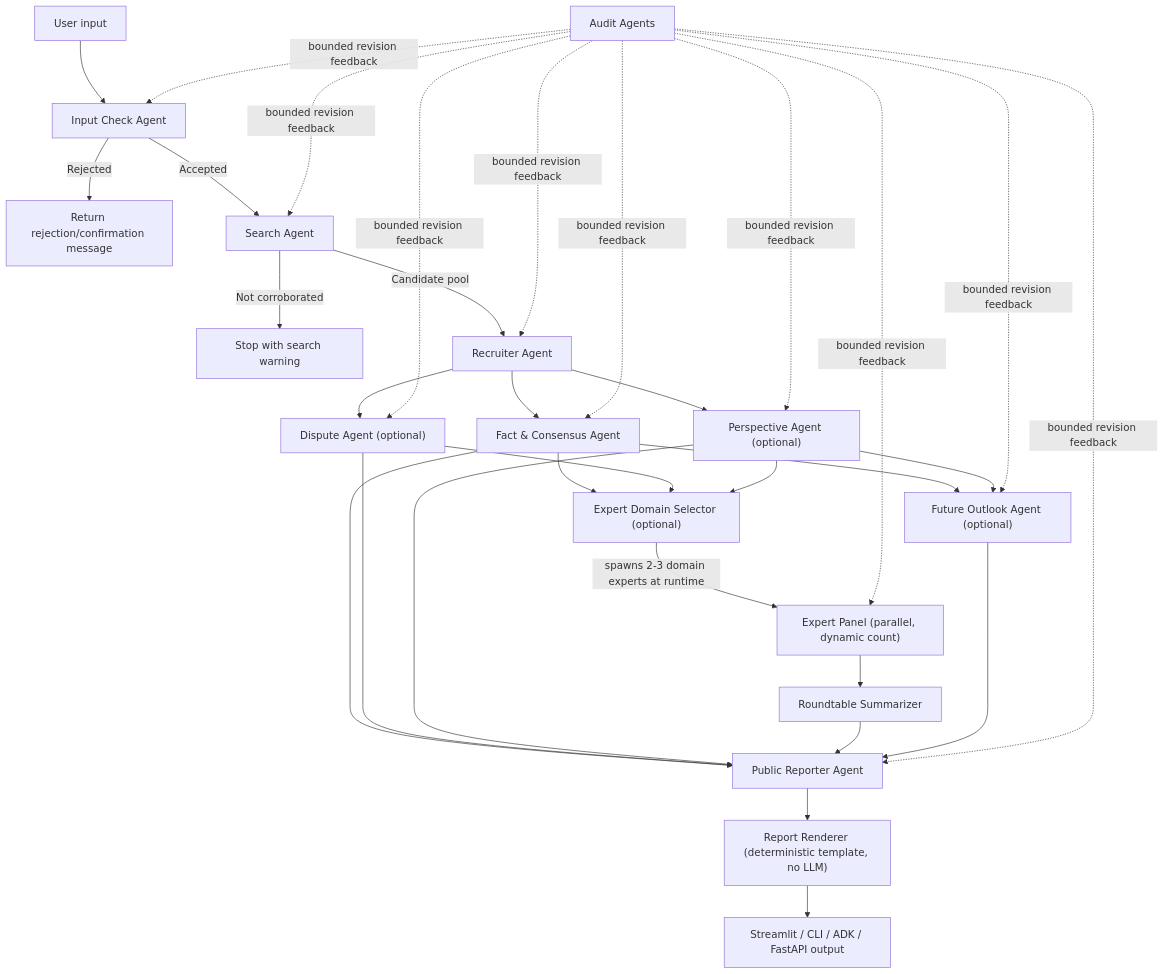
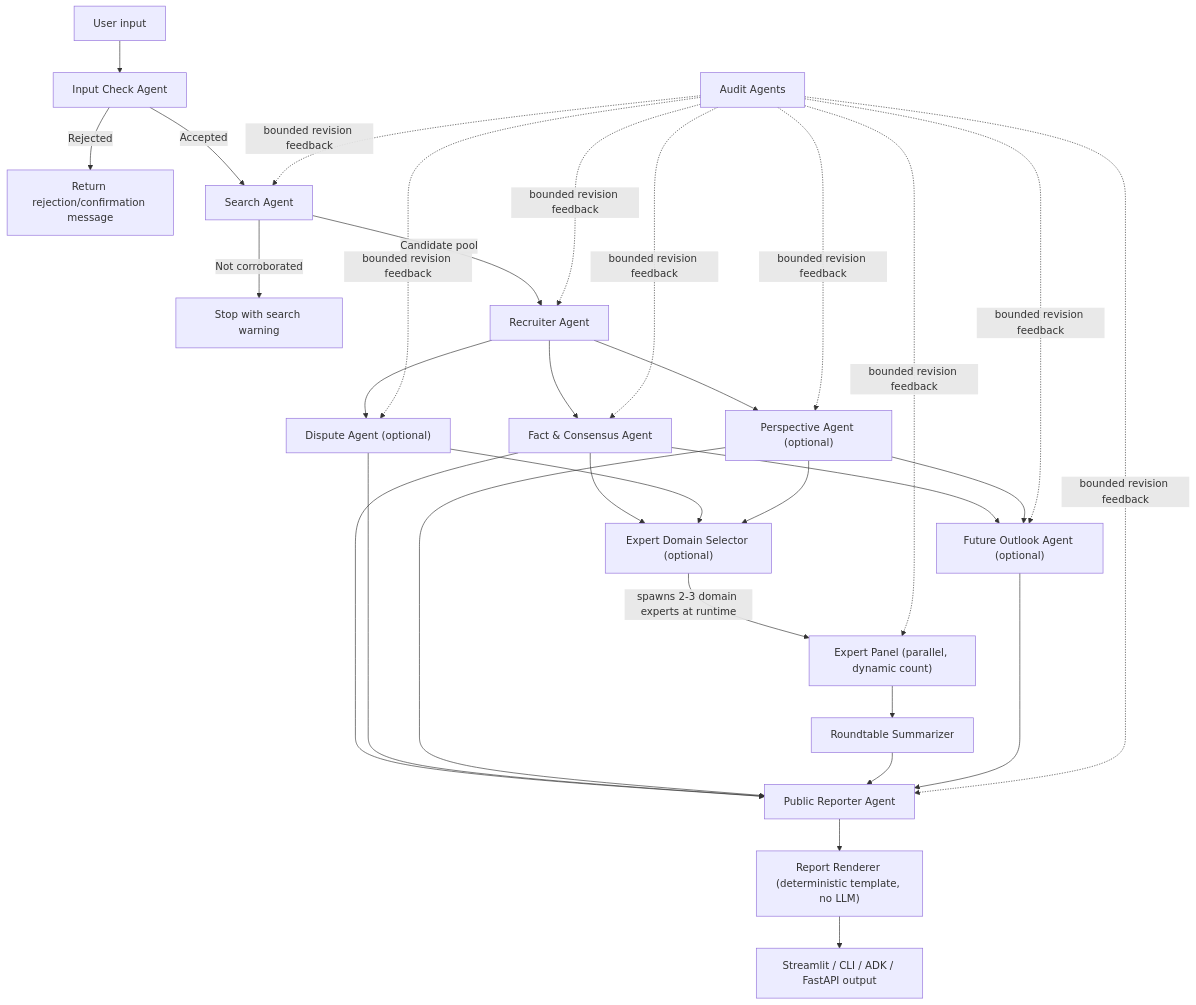
The diagram in README.md (xinli12/news-agents-pipeline), drawn with Mermaid before and after one commit. The commit also changed other lines of this file and 7 other files, not shown here.

````diff
--- a/README.md
+++ b/README.md
@@ -25,37 +25,36 @@
 ```mermaid
 graph TD
     U["User input"] --> R["Input Check Agent"]
     R -->|Rejected| X["Return rejection/confirmation message"]
     R -->|Accepted| S["Search Agent"]
     S -->|Not corroborated| Y["Stop with search warning"]
     S -->|Candidate pool| C["Recruiter Agent"]
 
     C --> F["Fact & Consensus Agent"]
     C --> D["Dispute Agent (optional)"]
     C --> P["Perspective Agent (optional)"]
     F --> ES["Expert Domain Selector (optional)"]
     D --> ES
     P --> ES
     ES -->|"spawns 2-3 domain experts at runtime"| EX["Expert Panel (parallel, dynamic count)"]
     EX --> RT["Roundtable Summarizer"]
     F --> O["Future Outlook Agent (optional)"]
     P --> O
 
     F --> PR["Public Reporter Agent"]
     D --> PR
     P --> PR
     RT --> PR
     O --> PR
     PR --> PE["Report Renderer (deterministic template, no LLM)"]
     PE --> OUT["Streamlit / CLI / ADK / FastAPI output"]
 
-    A["Audit Agents"] -. "bounded revision feedback" .-> R
-    A -. "bounded revision feedback" .-> S
+    A["Audit Agents"] -. "bounded revision feedback" .-> S
     A -. "bounded revision feedback" .-> C
     A -. "bounded revision feedback" .-> F
     A -. "bounded revision feedback" .-> D
     A -. "bounded revision feedback" .-> P
     A -. "bounded revision feedback" .-> EX
     A -. "bounded revision feedback" .-> O
     A -. "bounded revision feedback" .-> PR
 ```
````
